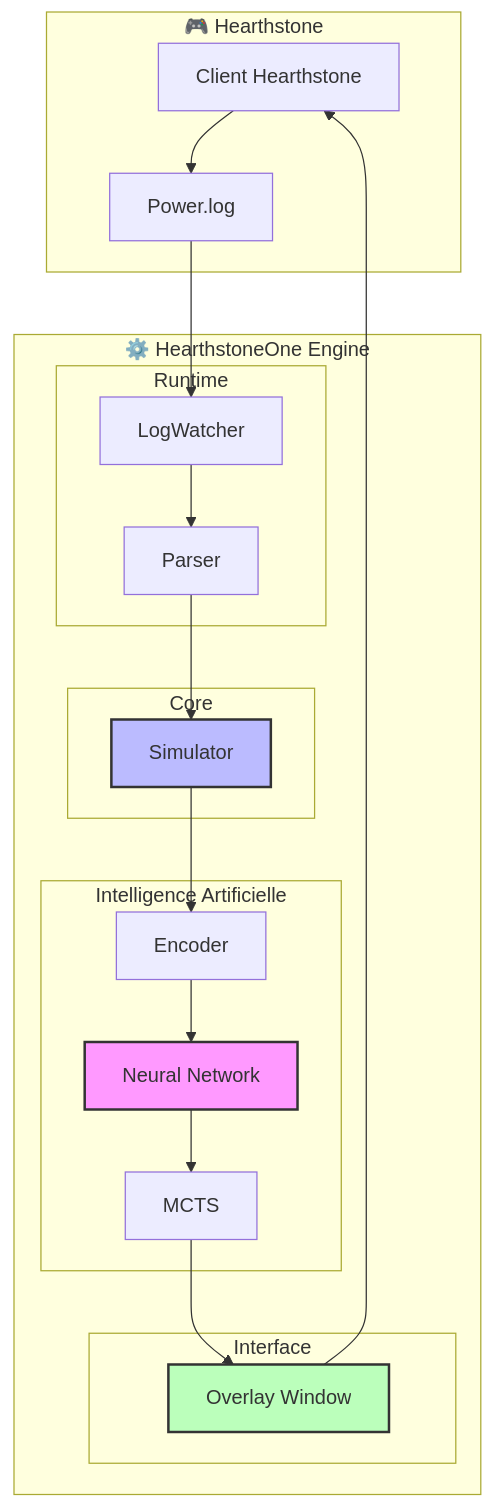
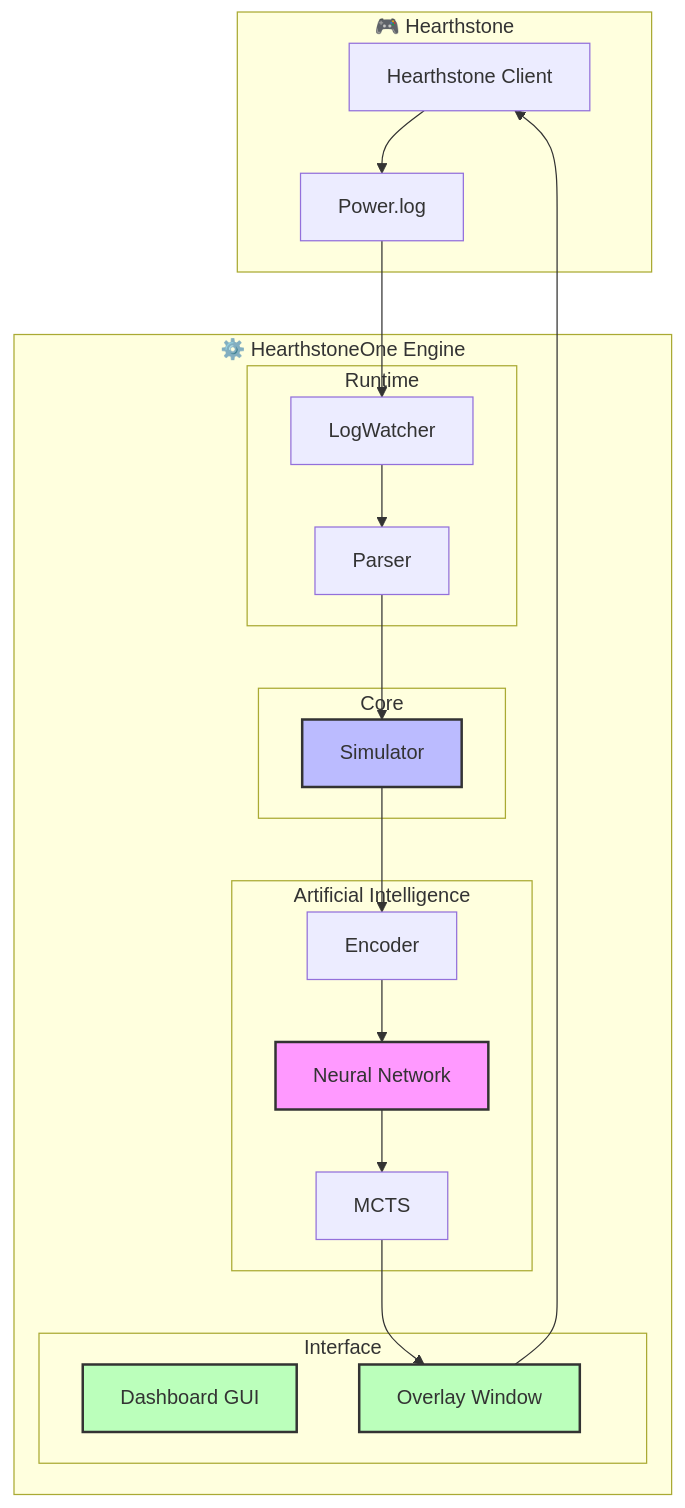
The first of 2 diagrams in README.md (Kevzi/DeepMana), drawn with Mermaid before and after one commit. The commit also changed other lines of this file, not shown here.

````diff
--- a/README.md
+++ b/README.md
@@ -26,42 +27,44 @@
 ```mermaid
 flowchart TB
     subgraph GAME["🎮 Hearthstone"]
-        Client[Client Hearthstone]
+        Client[Hearthstone Client]
         Log[Power.log]
         Client --> Log
     end
 
     subgraph ENGINE["⚙️ HearthstoneOne Engine"]
         subgraph RUNTIME["Runtime"]
             Watcher[LogWatcher]
             Parser[Parser]
             Watcher --> Parser
         end
 
         subgraph CORE["Core"]
             Sim[Simulator]
             Parser --> Sim
         end
 
-        subgraph AI["Intelligence Artificielle"]
+        subgraph AI["Artificial Intelligence"]
             Encoder[Encoder]
             Model[Neural Network]
             MCTS[MCTS]
             Sim --> Encoder
             Encoder --> Model
             Model --> MCTS
         end
 
         subgraph UI["Interface"]
+            Dashboard[Dashboard GUI]
             Overlay[Overlay Window]
             MCTS --> Overlay
         end
     end
 
     Log --> Watcher
     Overlay --> Client
 
     style Model fill:#f9f,stroke:#333,stroke-width:2px
     style Sim fill:#bbf,stroke:#333,stroke-width:2px
     style Overlay fill:#bfb,stroke:#333,stroke-width:2px
+    style Dashboard fill:#bfb,stroke:#333,stroke-width:2px
 ```
````
